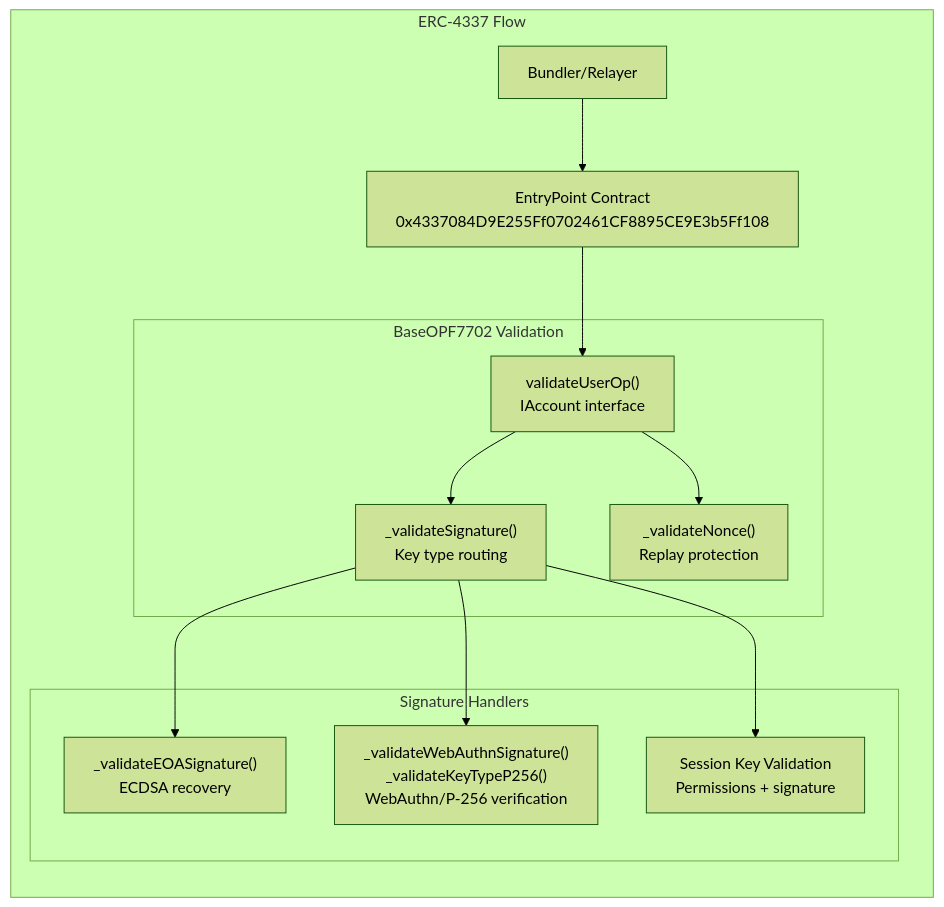
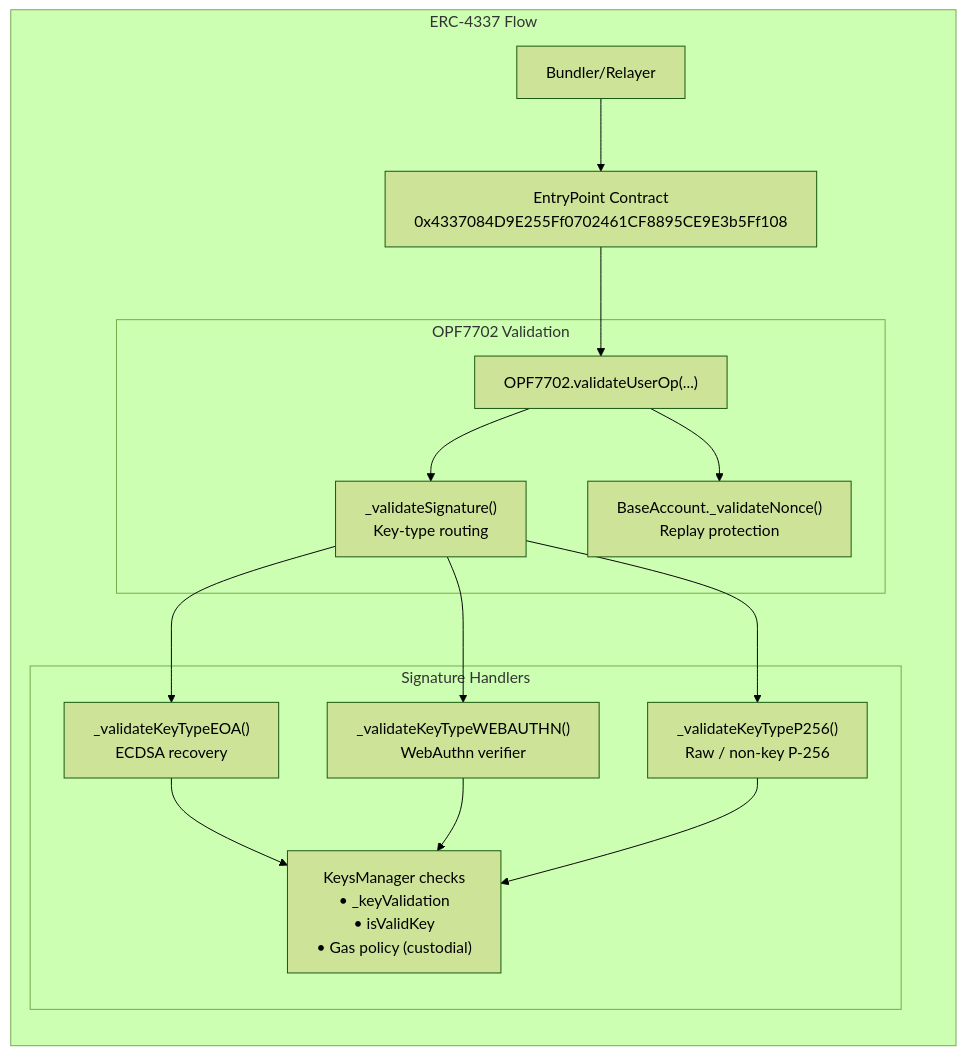
One commit to openfort-xyz/openfort-7702-account changed the second of 4 diagrams in docs/AA.md. Above: the diagram before and after it, drawn with Mermaid (forest theme). The commit also changed other lines of this file, not shown here.

````diff
--- a/docs/AA.md
+++ b/docs/AA.md
@@ -50,28 +57,32 @@
 ```mermaid
 flowchart LR
     subgraph "ERC-4337 Flow"
         Bundler["Bundler/Relayer"]
         EntryPoint["EntryPoint Contract<br/>0x4337084D9E255Ff0702461CF8895CE9E3b5Ff108"]
         
-        subgraph "BaseOPF7702 Validation"
-            ValidateUserOp["validateUserOp()<br/>IAccount interface"]
-            SigValidation["_validateSignature()<br/>Key type routing"]
-            NonceValidation["_validateNonce()<br/>Replay protection"]
+        subgraph "OPF7702 Validation"
+            ValidateUserOp["OPF7702.validateUserOp(...)"]
+            SigValidation["_validateSignature()<br/>Key-type routing"]
+            NonceValidation["BaseAccount._validateNonce()<br/>Replay protection"]
         end
         
         subgraph "Signature Handlers"
-            EOAValidator["_validateEOASignature()<br/>ECDSA recovery"]
-            WebAuthnValidator["_validateWebAuthnSignature()<br/>_validateKeyTypeP256()<br/>WebAuthn/P-256 verification"]
-            SessionKeyValidator["Session Key Validation<br/>Permissions + signature"]
+            EOAValidator["_validateKeyTypeEOA()<br/>ECDSA recovery"]
+            WebAuthnValidator["_validateKeyTypeWEBAUTHN()<br/>WebAuthn verifier"]
+            P256Validator["_validateKeyTypeP256()<br/>Raw / non-key P-256"]
+            KeyGuards["KeysManager checks<br/>• _keyValidation<br/>• isValidKey<br/>• Gas policy (custodial)"]
         end
     end
 
     %% Flow connections
     Bundler --> EntryPoint
     EntryPoint --> ValidateUserOp
     ValidateUserOp --> SigValidation
     ValidateUserOp --> NonceValidation
     SigValidation --> EOAValidator
     SigValidation --> WebAuthnValidator
-    SigValidation --> SessionKeyValidator
+    SigValidation --> P256Validator
+    EOAValidator --> KeyGuards
+    WebAuthnValidator --> KeyGuards
+    P256Validator --> KeyGuards
 ```
````
